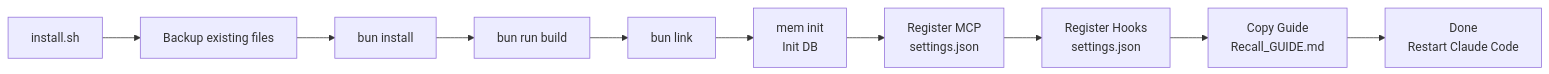
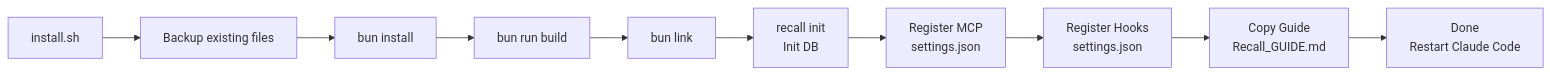
One commit to edheltzel/Recall changed the diagram in docs/installation.md. Above: the diagram before and after it, drawn with Mermaid. The commit also changed other lines of this file and 95 other files, not shown here.

````diff
--- a/docs/installation.md
+++ b/docs/installation.md
@@ -136,12 +136,12 @@
 ```mermaid
 flowchart LR
     A[install.sh] --> B[Backup existing files]
     B --> C[bun install]
     C --> D[bun run build]
     D --> E[bun link]
-    E --> F[mem init\nInit DB]
+    E --> F[recall init\nInit DB]
     F --> G[Register MCP\nsettings.json]
     G --> H[Register Hooks\nsettings.json]
     H --> I[Copy Guide\nRecall_GUIDE.md]
     I --> J[Done\nRestart Claude Code]
 ```
````
